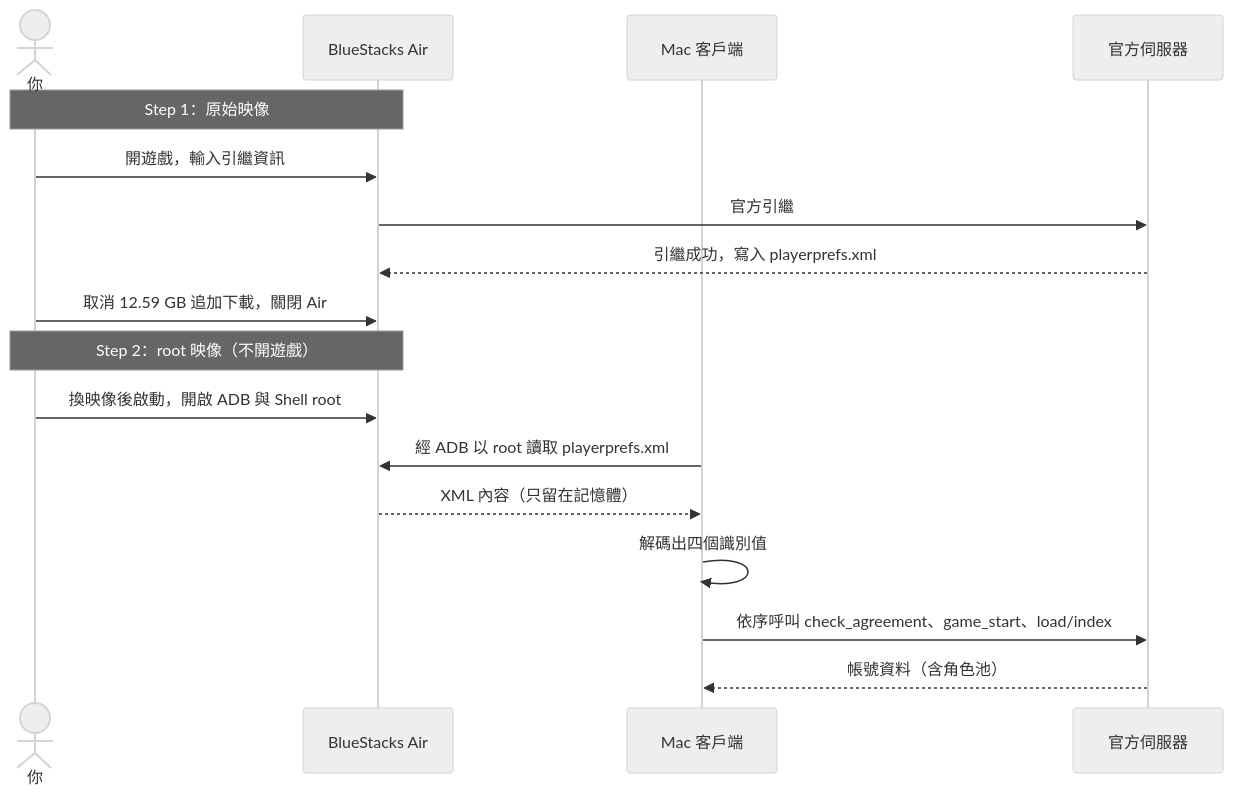
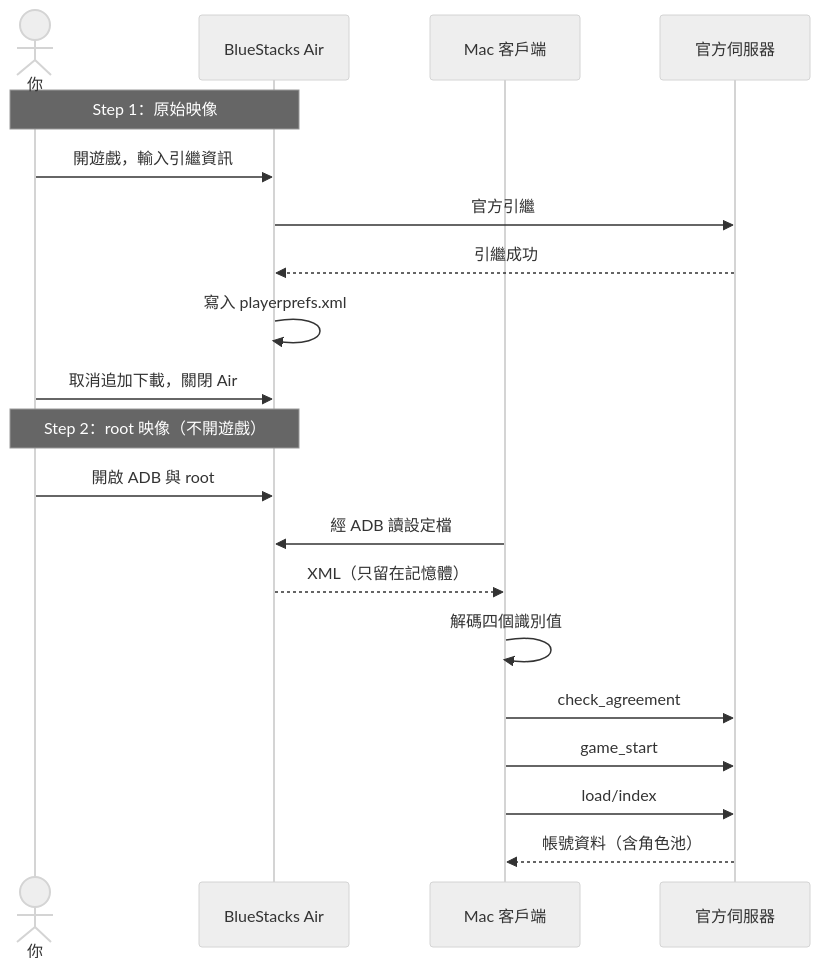
Before and after one commit to WilliamCHIU-ETH/pcr-tw-mac-login: the second of 2 diagrams in README.md, drawn with Mermaid (neutral theme).

Commit message:
docs: shorten swimlane messages so the diagram fits
A single long message widened the diagram until GitHub scaled its text
down and clipped the server lane.

````diff
--- a/README.md
+++ b/README.md
@@ -110,20 +110,23 @@
 ```mermaid
 sequenceDiagram
     actor U as 你
     participant A as BlueStacks Air
     participant M as Mac 客戶端
     participant S as 官方伺服器
 
     Note over U,A: Step 1：原始映像
     U->>A: 開遊戲，輸入引繼資訊
     A->>S: 官方引繼
-    S-->>A: 引繼成功，寫入 playerprefs.xml
-    U->>A: 取消 12.59 GB 追加下載，關閉 Air
+    S-->>A: 引繼成功
+    A->>A: 寫入 playerprefs.xml
+    U->>A: 取消追加下載，關閉 Air
     Note over U,A: Step 2：root 映像（不開遊戲）
-    U->>A: 換映像後啟動，開啟 ADB 與 Shell root
-    M->>A: 經 ADB 以 root 讀取 playerprefs.xml
-    A-->>M: XML 內容（只留在記憶體）
-    M->>M: 解碼出四個識別值
-    M->>S: 依序呼叫 check_agreement、game_start、load/index
+    U->>A: 開啟 ADB 與 root
+    M->>A: 經 ADB 讀設定檔
+    A-->>M: XML（只留在記憶體）
+    M->>M: 解碼四個識別值
+    M->>S: check_agreement
+    M->>S: game_start
+    M->>S: load/index
     S-->>M: 帳號資料（含角色池）
 ```
````
